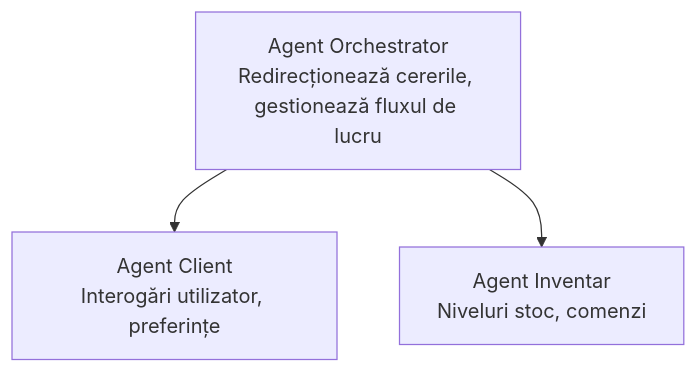
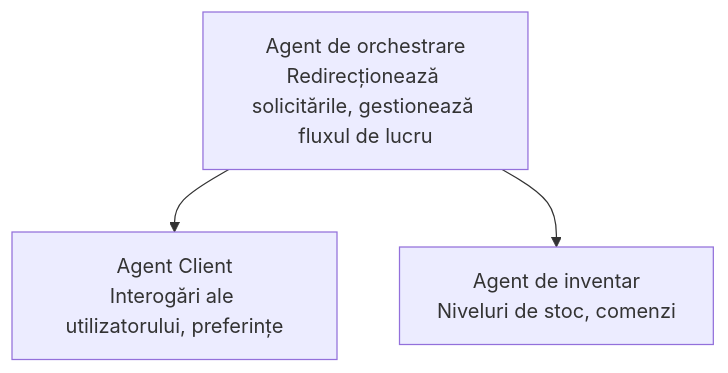
The diagram in translations/ro/docs/chapter-05-multi-agent/README.md (microsoft/AZD-for-beginners), drawn with Mermaid before and after one commit. The commit also changed other lines of this file and 101 other files, not shown here.

````diff
--- a/translations/ro/docs/chapter-05-multi-agent/README.md
+++ b/translations/ro/docs/chapter-05-multi-agent/README.md
@@ -50,5 +52,5 @@
 ```mermaid
 graph TD
-    Orchestrator[Agent Orchestrator<br/>Redirecționează cererile, gestionează fluxul de lucru] --> Customer[Agent Client<br/>Interogări utilizator, preferințe]
-    Orchestrator --> Inventory[Agent Inventar<br/>Niveluri stoc, comenzi]
+    Orchestrator[Agent de orchestrare<br/>Redirecționează solicitările, gestionează fluxul de lucru] --> Customer[Agent Client<br/>Interogări ale utilizatorului, preferințe]
+    Orchestrator --> Inventory[Agent de inventar<br/>Niveluri de stoc, comenzi]
 ```
````
